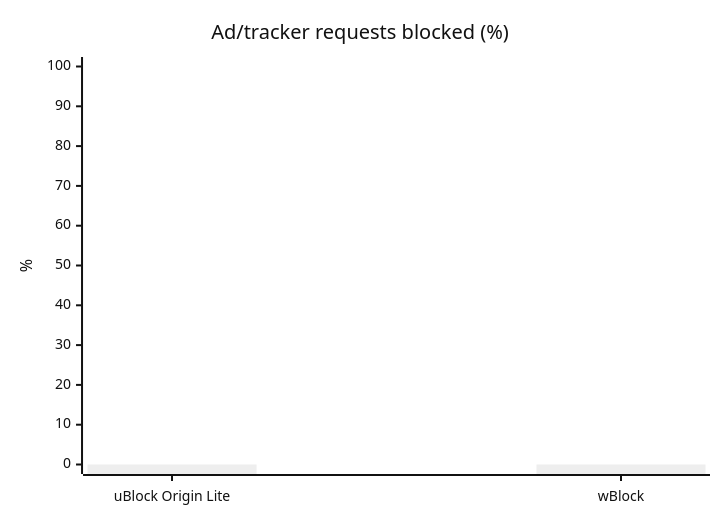
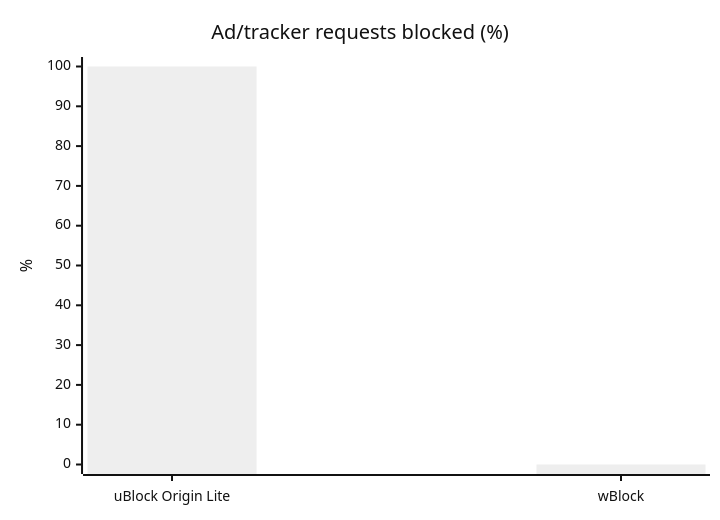
Before and after one commit to btecu/safari-ad: the first of 2 diagrams in README.md, drawn with Mermaid (neutral theme). The commit also changed other lines of this file and 38 other files, not shown here.

````diff
--- a/README.md
+++ b/README.md
@@ -52,7 +52,7 @@
 ```mermaid
 xychart-beta
   title "Ad/tracker requests blocked (%)"
   x-axis ["uBlock Origin Lite", "wBlock"]
   y-axis "%" 0 --> 100
-  bar [0, 0]
+  bar [100, 0]
 ```
````
